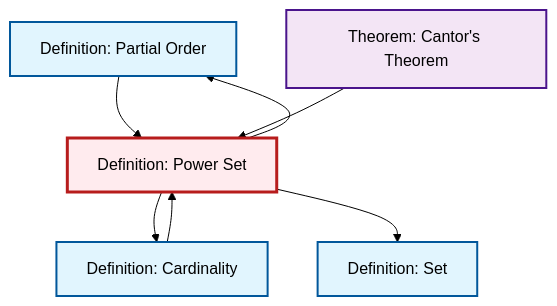
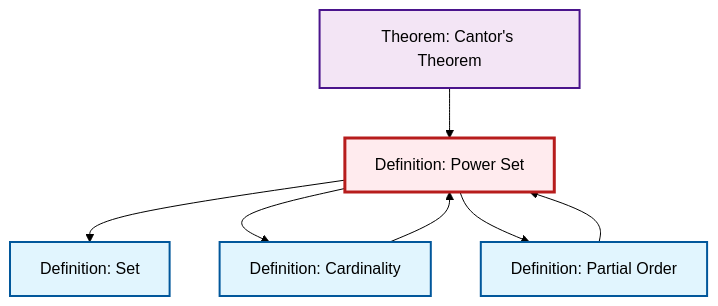
Before and after one commit to RK0429/ModernMath: the second of 2 diagrams in content/ja/logic-set-theory/def-power-set.qmd, drawn with Mermaid (forest theme). The commit also changed other lines of this file and 634 other files, not shown here.

````diff
--- a/content/ja/logic-set-theory/def-power-set.qmd
+++ b/content/ja/logic-set-theory/def-power-set.qmd
@@ -70,25 +70,25 @@
 ```{mermaid}
 %%| fig-cap: "Local dependency graph"
 graph TD
     classDef definition fill:#e1f5fe,stroke:#01579b,stroke-width:2px
     classDef theorem fill:#f3e5f5,stroke:#4a148c,stroke-width:2px
     classDef axiom fill:#fff3e0,stroke:#e65100,stroke-width:2px
     classDef example fill:#e8f5e9,stroke:#1b5e20,stroke-width:2px
     classDef current fill:#ffebee,stroke:#b71c1c,stroke-width:3px
+    def-power-set["Definition: Power Set"]:::definition
+    thm-cantor["Theorem: Cantor's Theorem"]:::theorem
+    def-partial-order["Definition: Partial Order"]:::definition
     def-set["Definition: Set"]:::definition
-    def-partial-order["Definition: Partial Order"]:::definition
-    def-power-set["Definition: Power Set"]:::definition
     def-cardinality["Definition: Cardinality"]:::definition
-    thm-cantor["Theorem: Cantor's Theorem"]:::theorem
+    def-partial-order --> def-power-set
+    def-power-set --> def-set
+    thm-cantor --> def-power-set
     def-cardinality --> def-power-set
-    def-partial-order --> def-power-set
     def-power-set --> def-cardinality
-    thm-cantor --> def-power-set
-    def-power-set --> def-set
     def-power-set --> def-partial-order
     class def-power-set current
+    click thm-cantor "thm-cantor.html" "Theorem: Cantor's Theoremへ"
+    click def-partial-order "def-partial-order.html" "Definition: Partial Orderへ"
     click def-set "def-set.html" "Definition: Setへ"
-    click def-partial-order "def-partial-order.html" "Definition: Partial Orderへ"
     click def-cardinality "def-cardinality.html" "Definition: Cardinalityへ"
-    click thm-cantor "thm-cantor.html" "Theorem: Cantor's Theoremへ"
 ```
````
